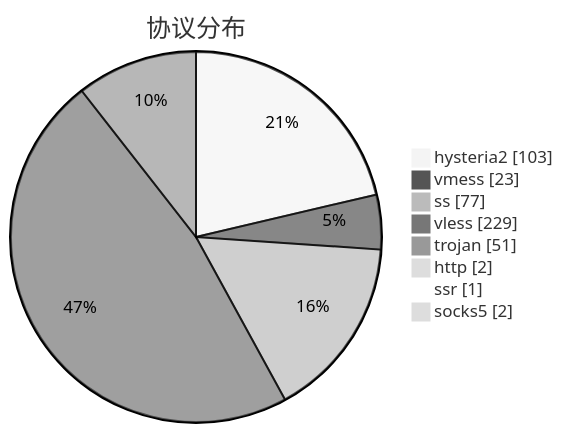
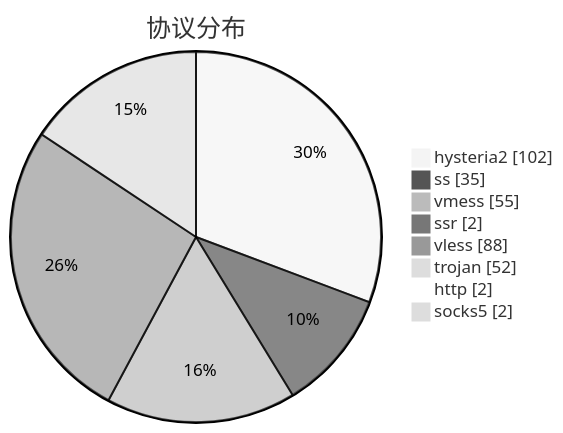
The third of 3 diagrams in subs/statistics/tested_within.md (sinspired/airport), drawn with Mermaid (neutral theme) before and after one commit. The commit also changed other lines of this file and 2 other files, not shown here.

````diff
--- a/subs/statistics/tested_within.md
+++ b/subs/statistics/tested_within.md
@@ -48,12 +40,12 @@
 ```mermaid
 pie showData
 title 协议分布
-"hysteria2" : 103
-"vmess" : 23
-"ss" : 77
-"vless" : 229
-"trojan" : 51
+"hysteria2" : 102
+"ss" : 35
+"vmess" : 55
+"ssr" : 2
+"vless" : 88
+"trojan" : 52
 "http" : 2
-"ssr" : 1
 "socks5" : 2
 ```
````
